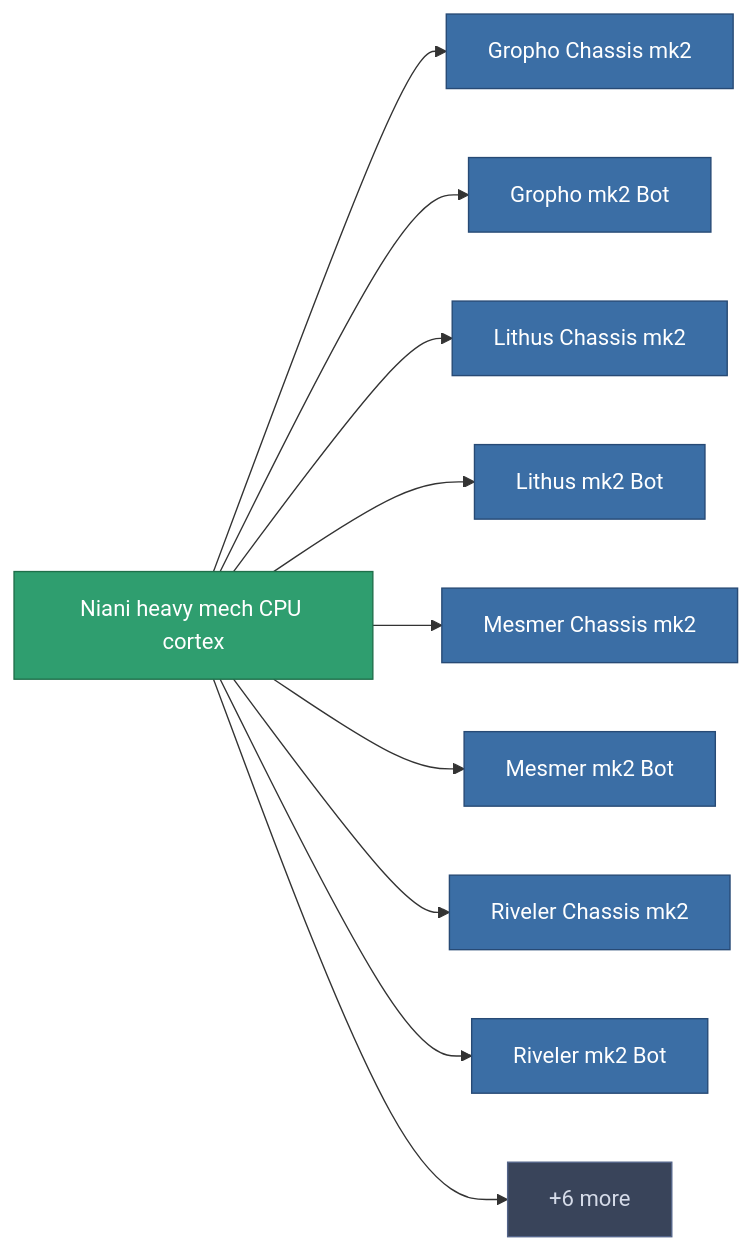
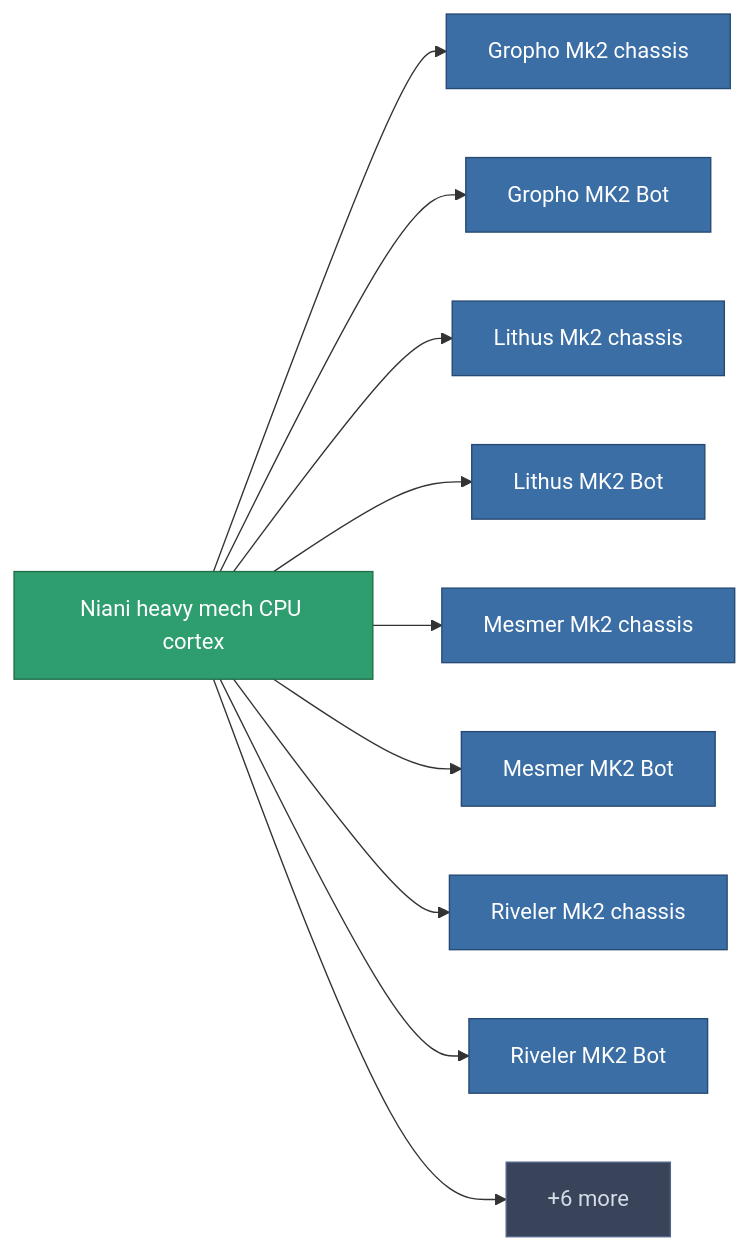
Before and after one commit to OpenPerpetuum/Wiki: the diagram in content/content/items/reactore_core_heavymech.md, drawn with Mermaid. The commit also changed other lines of this file and 1584 other files, not shown here.

````diff
--- a/content/content/items/reactore_core_heavymech.md
+++ b/content/content/items/reactore_core_heavymech.md
@@ -27,30 +27,30 @@
 ```mermaid
 graph LR
     a["Niani heavy mech CPU cortex"]:::current
-    b["Gropho Chassis mk2"]:::prod
+    b["Gropho Mk2 chassis"]:::prod
     a --> b
-    c["Gropho mk2 Bot"]:::prod
+    c["Gropho MK2 Bot"]:::prod
     a --> c
-    click c "/content/robots/" "Gropho mk2 Bot"
-    d["Lithus Chassis mk2"]:::prod
+    click c "/content/robots/" "Gropho MK2 Bot"
+    d["Lithus Mk2 chassis"]:::prod
     a --> d
-    e["Lithus mk2 Bot"]:::prod
+    e["Lithus MK2 Bot"]:::prod
     a --> e
-    click e "/content/robots/" "Lithus mk2 Bot"
-    f["Mesmer Chassis mk2"]:::prod
+    click e "/content/robots/" "Lithus MK2 Bot"
+    f["Mesmer Mk2 chassis"]:::prod
     a --> f
-    g["Mesmer mk2 Bot"]:::prod
+    g["Mesmer MK2 Bot"]:::prod
     a --> g
-    click g "/content/robots/" "Mesmer mk2 Bot"
-    h["Riveler Chassis mk2"]:::prod
+    click g "/content/robots/" "Mesmer MK2 Bot"
+    h["Riveler Mk2 chassis"]:::prod
     a --> h
-    i["Riveler mk2 Bot"]:::prod
+    i["Riveler MK2 Bot"]:::prod
     a --> i
-    click i "/content/robots/" "Riveler mk2 Bot"
+    click i "/content/robots/" "Riveler MK2 Bot"
     j["+6 more"]:::more
     a --> j
     click j "/content/recipes/" "All recipes"
     classDef current fill:#2f9e6f,stroke:#1f6f4a,color:#ffffff
     classDef prod fill:#3b6ea5,stroke:#274a75,color:#ffffff
     classDef more fill:#39445a,stroke:#54658a,color:#d5dbe8
 ```
````
